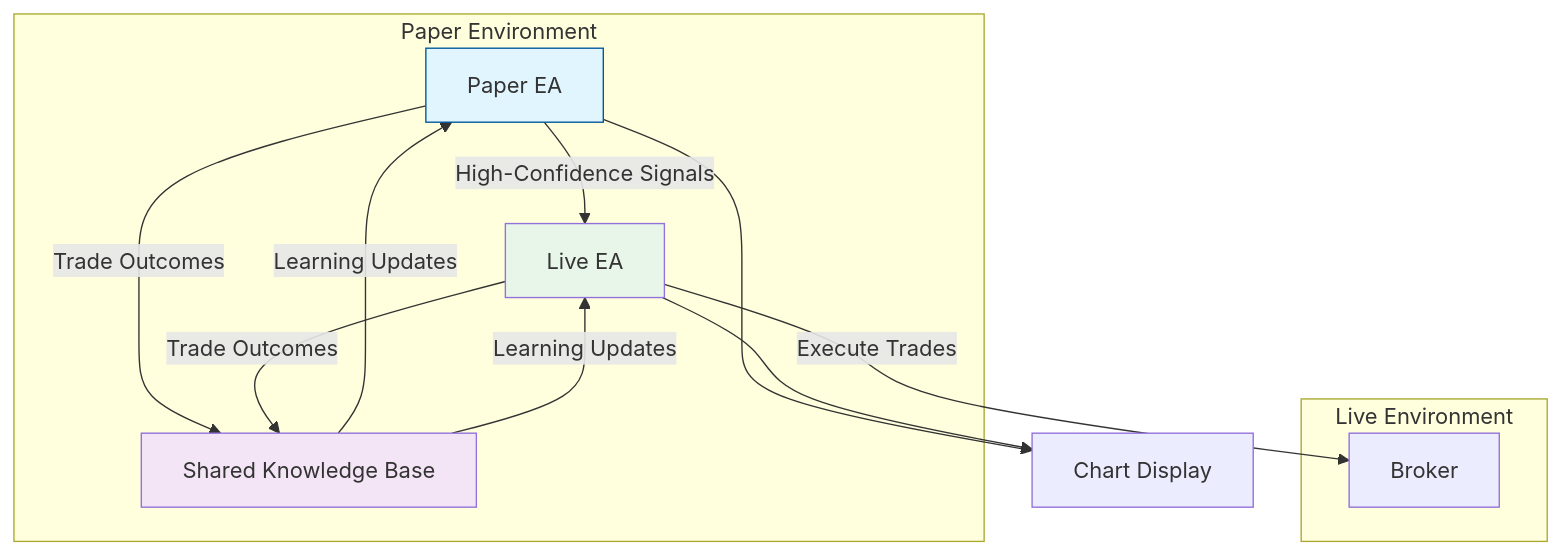
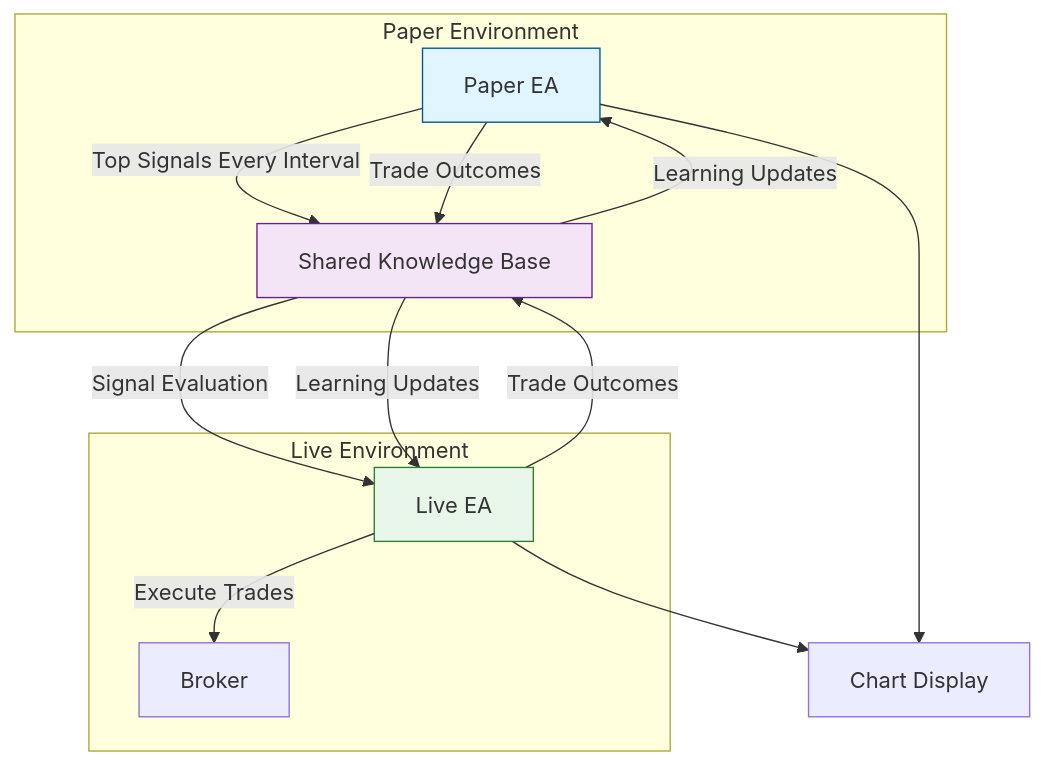
One commit to luvisemoney/Ultimate changed the diagram in Experts/EscapeEA/README.md. Above: the diagram before and after it, drawn with Mermaid. The commit also changed other lines of this file, not shown here.

````diff
--- a/Experts/EscapeEA/README.md
+++ b/Experts/EscapeEA/README.md
@@ -8,21 +8,22 @@
 ```mermaid
 graph TD
     subgraph Paper Environment
-        A[Paper EA] -->|High-Confidence Signals| B[Live EA]
-        A -->|Trade Outcomes| C[Shared Knowledge Base]
+        A[Paper EA] -->|Top Signals Every Interval| C[Shared Knowledge Base]
+        A -->|Trade Outcomes| C
     end
-    
+
     subgraph Live Environment
+        C -->|Signal Evaluation| B[Live EA]
         B -->|Execute Trades| D[Broker]
         B -->|Trade Outcomes| C
     end
-    
+
     C -->|Learning Updates| A
     C -->|Learning Updates| B
-    
+
     A & B --> E[Chart Display]
-    
+
     style A fill:#e1f5fe,stroke:#01579b
-    style B fill:#e8f5e9,stroke#2e7d32
-    style C fill:#f3e5f5,stroke#6a1b9a
+    style B fill:#e8f5e9,stroke:#2e7d32
+    style C fill:#f3e5f5,stroke:#6a1b9a
 ```
````
